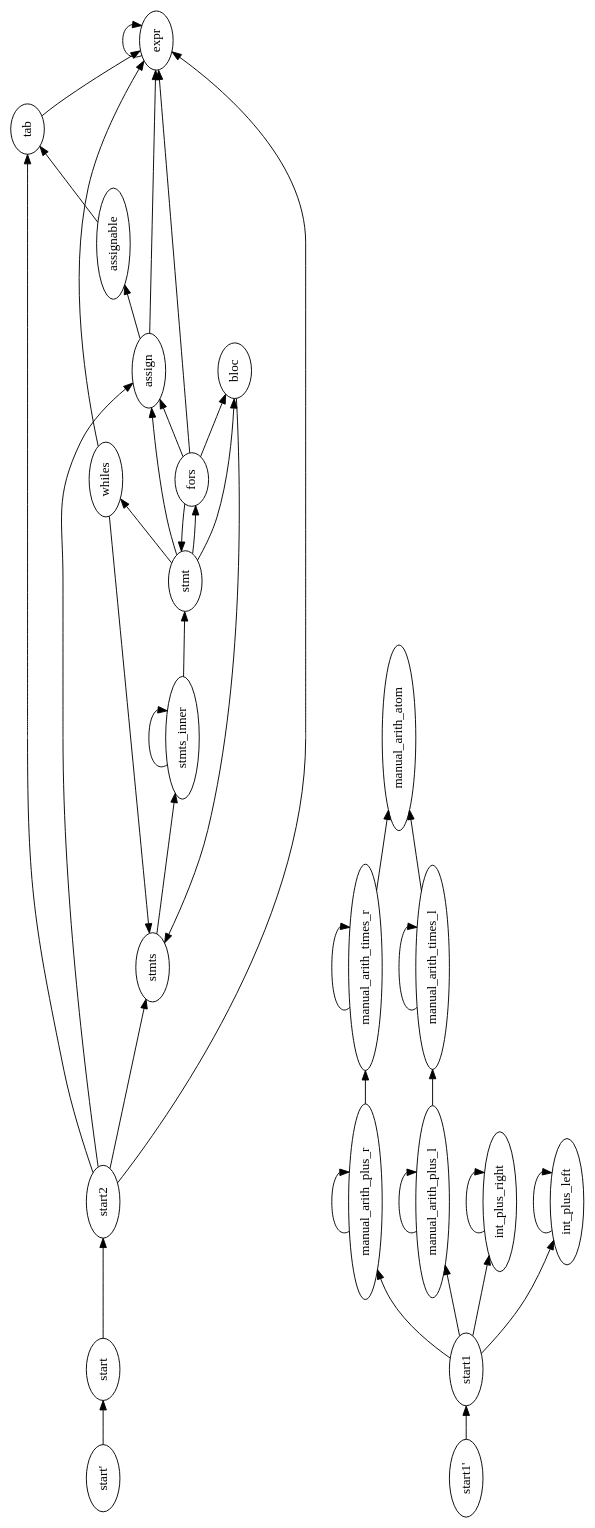
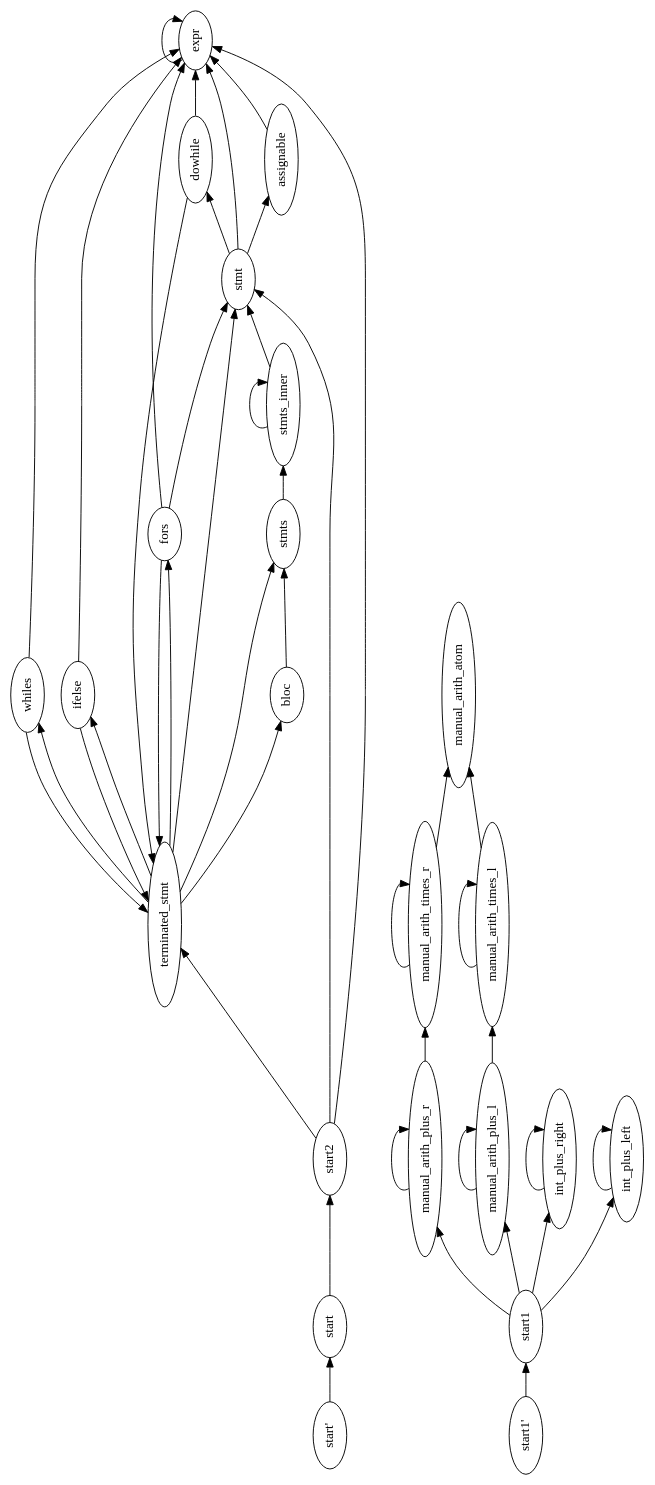
The diagram in AS/AS-TP4-2013-files/_build/arithpar.dot (LapinTade/TPL3), drawn with Graphviz before and after one commit. The commit also changed 29 other files, not shown here.

```diff
--- a/AS/AS-TP4-2013-files/_build/arithpar.dot
+++ b/AS/AS-TP4-2013-files/_build/arithpar.dot
@@ -1,68 +1,73 @@
 digraph G {
 orientation = landscape;
 rankdir = LR;
 ratio = compress;
 nt0 [ label="start1'" ] ;
 nt1 [ label="start'" ] ;
 nt2 [ label="whiles" ] ;
-nt3 [ label="tab" ] ;
+nt3 [ label="terminated_stmt" ] ;
 nt4 [ label="stmts_inner" ] ;
 nt5 [ label="stmts" ] ;
 nt6 [ label="stmt" ] ;
 nt7 [ label="start2" ] ;
 nt8 [ label="start1" ] ;
 nt9 [ label="start" ] ;
 nt10 [ label="manual_arith_times_r" ] ;
 nt11 [ label="manual_arith_times_l" ] ;
 nt12 [ label="manual_arith_plus_r" ] ;
 nt13 [ label="manual_arith_plus_l" ] ;
 nt14 [ label="manual_arith_atom" ] ;
 nt15 [ label="int_plus_right" ] ;
 nt16 [ label="int_plus_left" ] ;
-nt17 [ label="fors" ] ;
-nt18 [ label="expr" ] ;
-nt19 [ label="bloc" ] ;
-nt20 [ label="assignable" ] ;
-nt21 [ label="assign" ] ;
+nt17 [ label="ifelse" ] ;
+nt18 [ label="fors" ] ;
+nt19 [ label="expr" ] ;
+nt20 [ label="dowhile" ] ;
+nt21 [ label="bloc" ] ;
+nt22 [ label="assignable" ] ;
 nt0 -> nt8 [ label="" ] ;
 nt1 -> nt9 [ label="" ] ;
-nt2 -> nt5 [ label="" ] ;
-nt2 -> nt18 [ label="" ] ;
+nt2 -> nt3 [ label="" ] ;
+nt2 -> nt19 [ label="" ] ;
+nt3 -> nt2 [ label="" ] ;
+nt3 -> nt5 [ label="" ] ;
+nt3 -> nt6 [ label="" ] ;
+nt3 -> nt17 [ label="" ] ;
 nt3 -> nt18 [ label="" ] ;
+nt3 -> nt21 [ label="" ] ;
 nt4 -> nt4 [ label="" ] ;
 nt4 -> nt6 [ label="" ] ;
 nt5 -> nt4 [ label="" ] ;
-nt6 -> nt2 [ label="" ] ;
-nt6 -> nt17 [ label="" ] ;
 nt6 -> nt19 [ label="" ] ;
-nt6 -> nt21 [ label="" ] ;
+nt6 -> nt20 [ label="" ] ;
+nt6 -> nt22 [ label="" ] ;
 nt7 -> nt3 [ label="" ] ;
-nt7 -> nt5 [ label="" ] ;
-nt7 -> nt18 [ label="" ] ;
-nt7 -> nt21 [ label="" ] ;
+nt7 -> nt6 [ label="" ] ;
+nt7 -> nt19 [ label="" ] ;
 nt8 -> nt12 [ label="" ] ;
 nt8 -> nt13 [ label="" ] ;
 nt8 -> nt15 [ label="" ] ;
 nt8 -> nt16 [ label="" ] ;
 nt9 -> nt7 [ label="" ] ;
 nt10 -> nt10 [ label="" ] ;
 nt10 -> nt14 [ label="" ] ;
 nt11 -> nt11 [ label="" ] ;
 nt11 -> nt14 [ label="" ] ;
 nt12 -> nt10 [ label="" ] ;
 nt12 -> nt12 [ label="" ] ;
 nt13 -> nt11 [ label="" ] ;
 nt13 -> nt13 [ label="" ] ;
 nt15 -> nt15 [ label="" ] ;
 nt16 -> nt16 [ label="" ] ;
-nt17 -> nt6 [ label="" ] ;
-nt17 -> nt18 [ label="" ] ;
+nt17 -> nt3 [ label="" ] ;
 nt17 -> nt19 [ label="" ] ;
-nt17 -> nt21 [ label="" ] ;
-nt18 -> nt18 [ label="" ] ;
-nt19 -> nt5 [ label="" ] ;
+nt18 -> nt3 [ label="" ] ;
+nt18 -> nt6 [ label="" ] ;
+nt18 -> nt19 [ label="" ] ;
+nt19 -> nt19 [ label="" ] ;
 nt20 -> nt3 [ label="" ] ;
-nt21 -> nt18 [ label="" ] ;
-nt21 -> nt20 [ label="" ] ;
+nt20 -> nt19 [ label="" ] ;
+nt21 -> nt5 [ label="" ] ;
+nt22 -> nt19 [ label="" ] ;
 
 }
```
